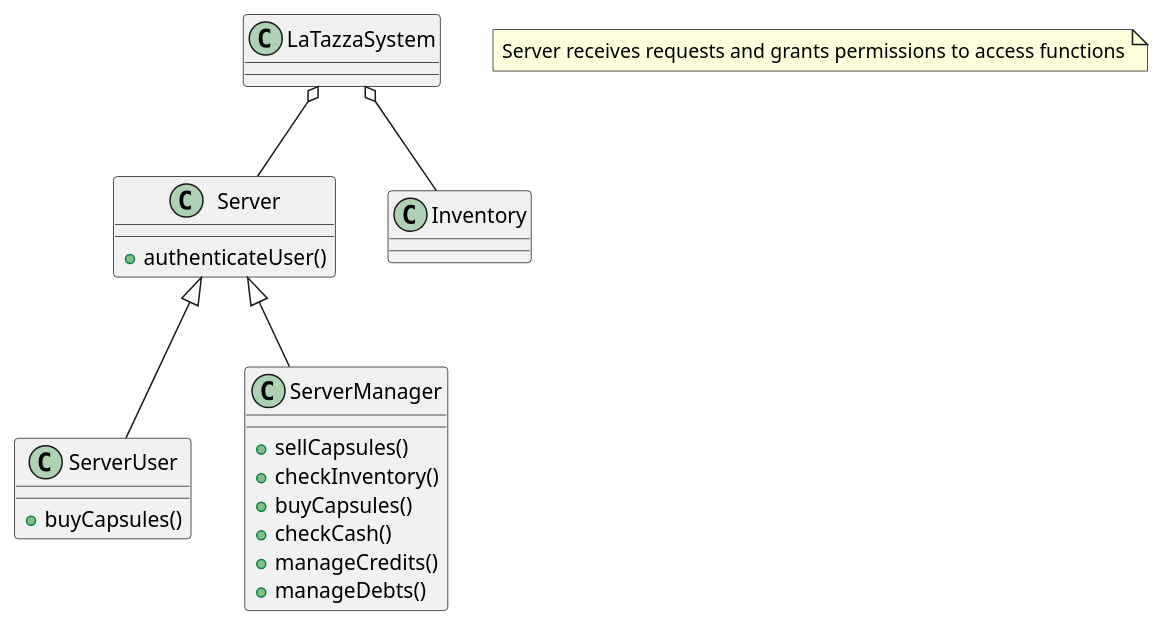
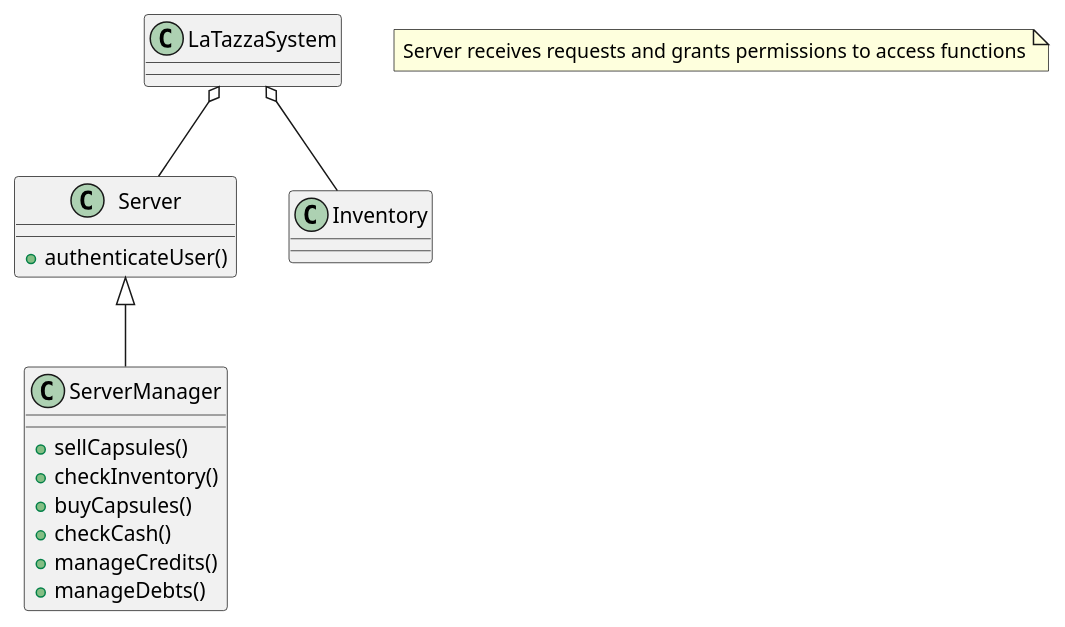
Before and after one commit to SimoneDutto/LaTazza: the fourth of 4 diagrams in templates/RequirementsTemplate.md, drawn with PlantUML. The commit also changed other lines of this file, not shown here.

Commit message:
Fix problems regarding user interactions

````diff
--- a/templates/RequirementsTemplate.md
+++ b/templates/RequirementsTemplate.md
@@ -302,29 +298,25 @@
 ```plantuml
 @startuml
 class LaTazzaSystem{
 }
 class Server{
  +authenticateUser()
-}
-class ServerUser{
- +buyCapsules()
 }
 class ServerManager{
  +sellCapsules()
  +checkInventory()
  +buyCapsules()
  +checkCash()
  +manageCredits()
  +manageDebts()
 }
 class Inventory{
 }
 
 
 LaTazzaSystem o-- Server
 LaTazzaSystem o-- Inventory
 Server <|-- ServerManager
-Server <|-- ServerUser
 note "Server receives requests and grants permissions to access functions" as n
 @enduml
 ```
````
